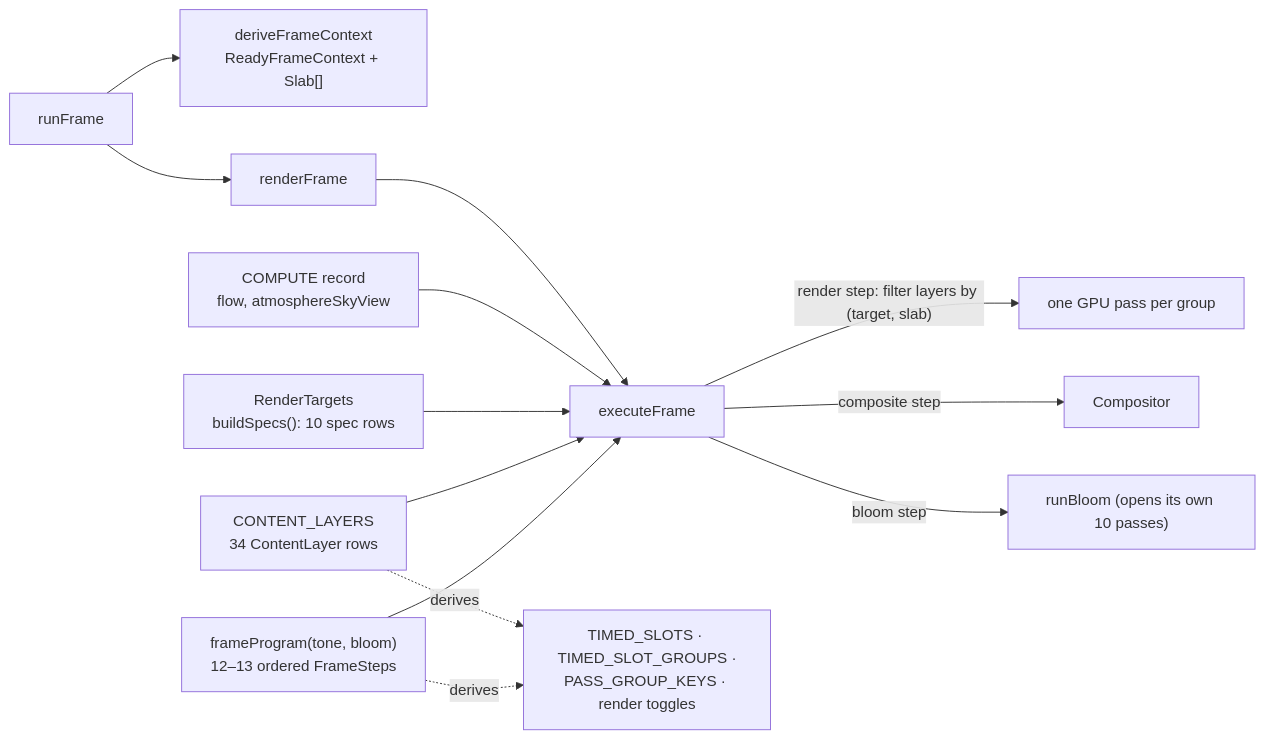
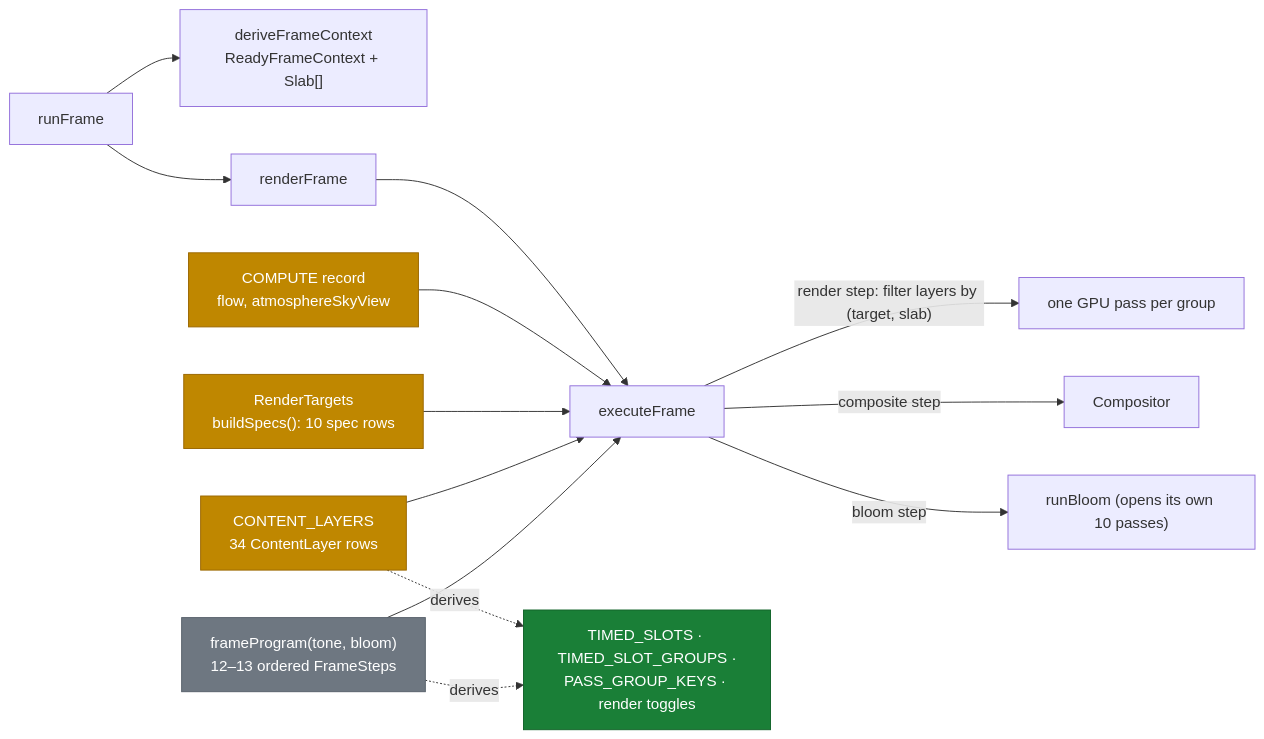
The second of 5 diagrams in docs/research/engine/current-contracts-map.md (rulkens/skymap), drawn with Mermaid before and after one commit. The commit also changed other lines of this file, not shown here.

Commit message:
docs(research): restyle contracts map — legend, status dots, colored diagram nodes

````diff
--- a/docs/research/engine/current-contracts-map.md
+++ b/docs/research/engine/current-contracts-map.md
@@ -47,15 +56,21 @@
 ```mermaid
 flowchart LR
     RF["runFrame"] --> CTX["deriveFrameContext<br/>ReadyFrameContext + Slab[]"]
     RF --> RD["renderFrame"]
     FP["frameProgram(tone, bloom)<br/>12–13 ordered FrameSteps"] --> EX["executeFrame"]
     CL["CONTENT_LAYERS<br/>34 ContentLayer rows"] --> EX
     RT["RenderTargets<br/>buildSpecs(): 10 spec rows"] --> EX
     CR["COMPUTE record<br/>flow, atmosphereSkyView"] --> EX
     RD --> EX
     EX -->|"render step: filter layers by (target, slab)"| PASS["one GPU pass per group"]
     EX -->|"composite step"| CMP["Compositor"]
     EX -->|"bloom step"| BLM["runBloom (opens its own 10 passes)"]
     FP -.derives.-> TS["TIMED_SLOTS · TIMED_SLOT_GROUPS ·<br/>PASS_GROUP_KEYS · render toggles"]
     CL -.derives.-> TS
+    classDef good fill:#1a7f37,stroke:#116329,color:#ffffff
+    classDef warn fill:#bf8700,stroke:#9a6700,color:#ffffff
+    classDef out fill:#6e7781,stroke:#57606a,color:#ffffff
+    class TS good
+    class CL,RT,CR warn
+    class FP out
 ```
````
